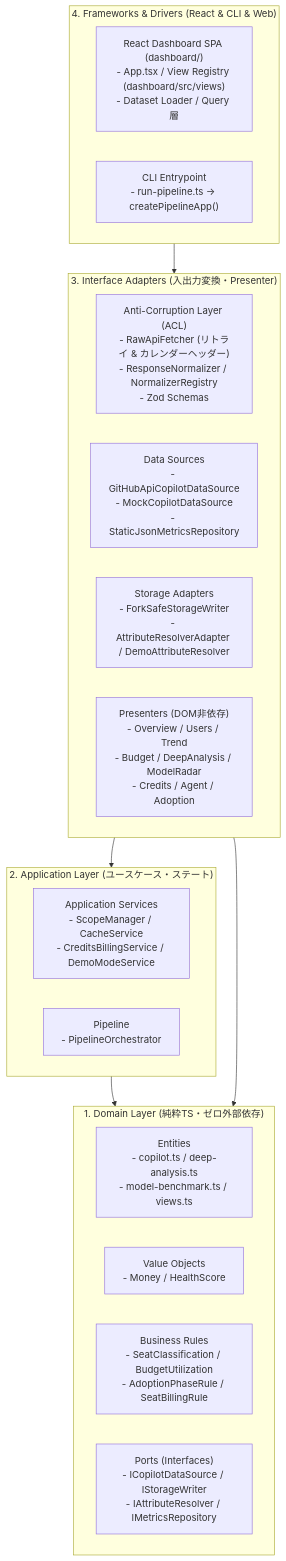
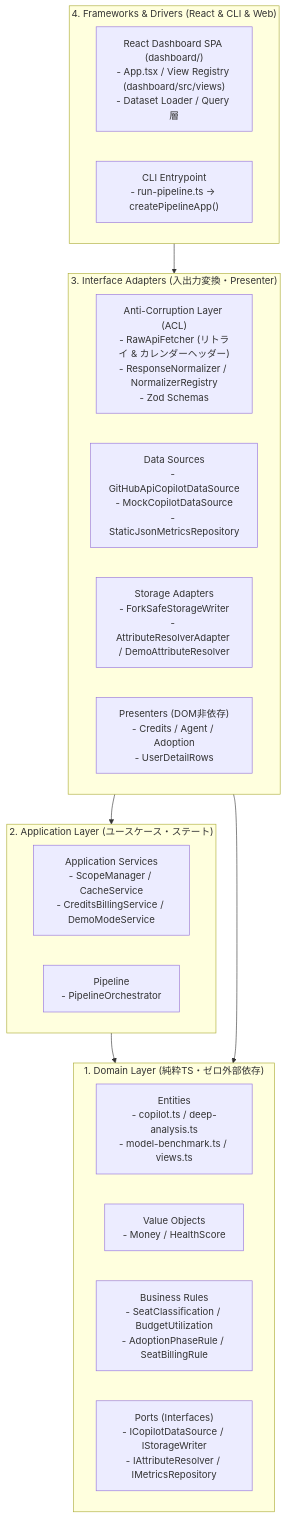
Before and after one commit to sun-flat-yamada/github-copilot-dashboard: the second of 2 diagrams in docs/specifications/02_system_architecture.ja.md, drawn with Mermaid. The commit also changed other lines of this file and 3 other files, not shown here.

````diff
--- a/docs/specifications/02_system_architecture.ja.md
+++ b/docs/specifications/02_system_architecture.ja.md
@@ -162,31 +162,31 @@
 ```mermaid
 flowchart TD
     subgraph Domain["1. Domain Layer (純粋TS・ゼロ外部依存)"]
         Entities["Entities\n- copilot.ts / deep-analysis.ts\n- model-benchmark.ts / views.ts"]
         VO["Value Objects\n- Money / HealthScore"]
         Rules["Business Rules\n- SeatClassification / BudgetUtilization\n- AdoptionPhaseRule / SeatBillingRule"]
         Ports["Ports (Interfaces)\n- ICopilotDataSource / IStorageWriter\n- IAttributeResolver / IMetricsRepository"]
     end
 
     subgraph Application["2. Application Layer (ユースケース・ステート)"]
         Services["Application Services\n- ScopeManager / CacheService\n- CreditsBillingService / DemoModeService"]
         Pipeline["Pipeline\n- PipelineOrchestrator"]
     end
 
     subgraph Adapters["3. Interface Adapters (入出力変換・Presenter)"]
         ACL["Anti-Corruption Layer (ACL)\n- RawApiFetcher (リトライ & カレンダーヘッダー)\n- ResponseNormalizer / NormalizerRegistry\n- Zod Schemas"]
         DataSources["Data Sources\n- GitHubApiCopilotDataSource\n- MockCopilotDataSource\n- StaticJsonMetricsRepository"]
         StorageAdapters["Storage Adapters\n- ForkSafeStorageWriter\n- AttributeResolverAdapter / DemoAttributeResolver"]
-        Presenters["Presenters (DOM非依存)\n- Overview / Users / Trend\n- Budget / DeepAnalysis / ModelRadar\n- Credits / Agent / Adoption"]
+        Presenters["Presenters (DOM非依存)\n- Credits / Agent / Adoption\n- UserDetailRows"]
     end
 
     subgraph Frameworks["4. Frameworks & Drivers (React & CLI & Web)"]
         ReactUI["React Dashboard SPA (dashboard/)\n- App.tsx / View Registry (dashboard/src/views)\n- Dataset Loader / Query 層"]
         CLI["CLI Entrypoint\n- run-pipeline.ts -> createPipelineApp()"]
     end
 
     Frameworks --> Adapters
     Adapters --> Application
     Application --> Domain
     Adapters --> Domain
 ```
````
